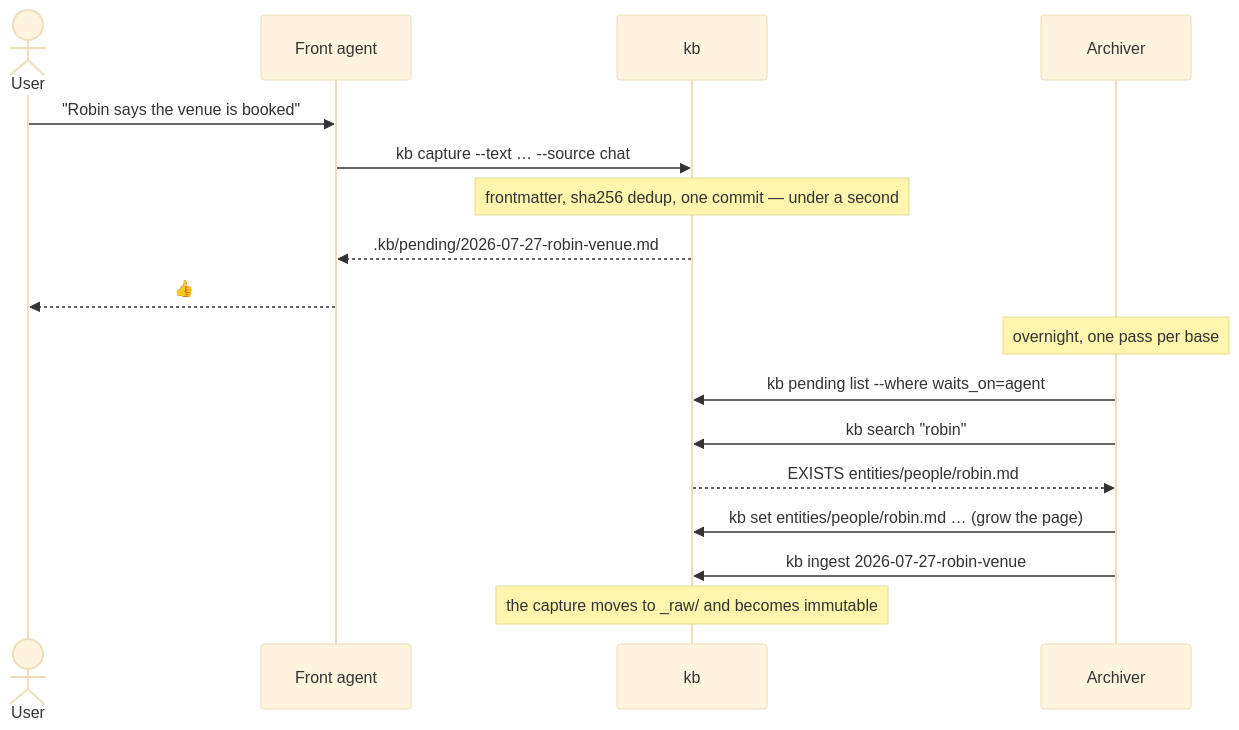
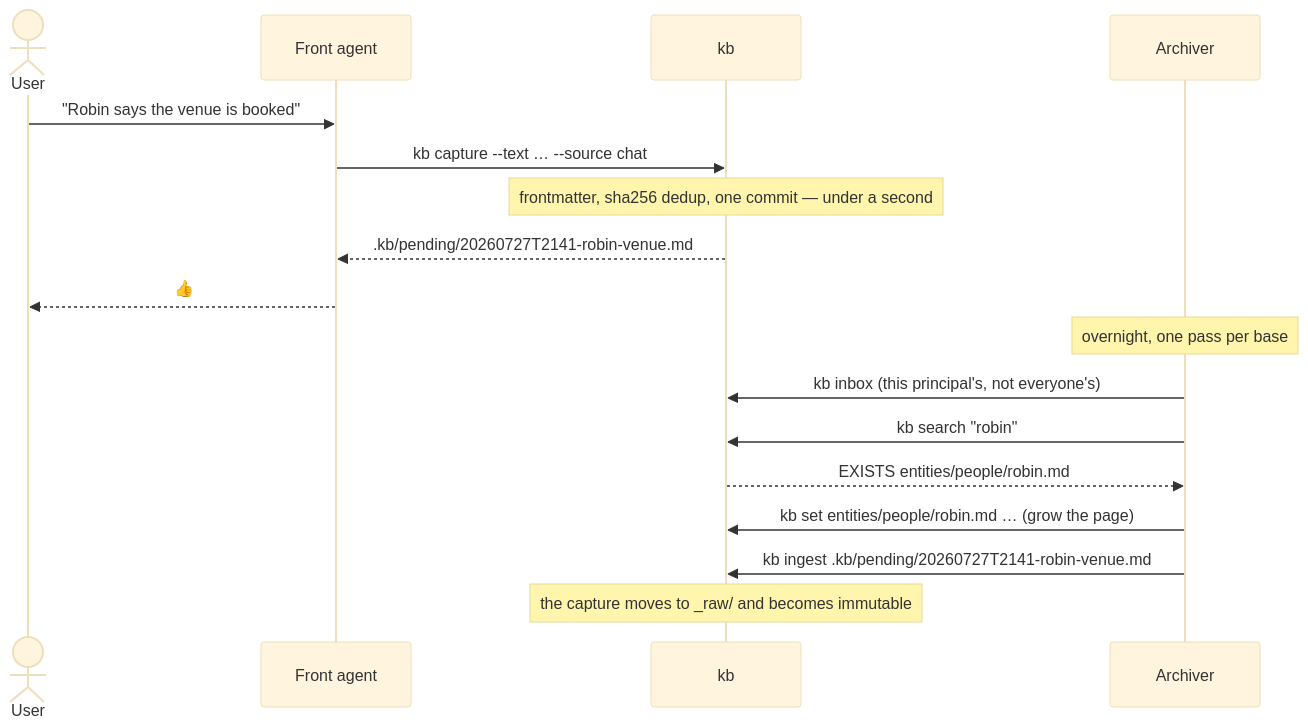
The first of 2 diagrams in capabilities/kb/docs/design.md (AlmogBaku/aos), drawn with Mermaid (base theme) before and after one commit. The commit also changed 12 other files, not shown here.

First line of the commit message:
kb: inbox is the scoped read, ingest takes a path, and lists mean membership

````diff
--- a/capabilities/kb/docs/design.md
+++ b/capabilities/kb/docs/design.md
@@ -44,19 +44,19 @@
 ```mermaid
 sequenceDiagram
     actor User
     participant Front as Front agent
     participant Tool as kb
     participant Arch as Archiver
     User->>Front: "Robin says the venue is booked"
     Front->>Tool: kb capture --text … --source chat
     Note over Tool: frontmatter, sha256 dedup, one commit — under a second
-    Tool-->>Front: .kb/pending/2026-07-27-robin-venue.md
+    Tool-->>Front: .kb/pending/20260727T2141-robin-venue.md
     Front-->>User: 👍
     Note over Arch: overnight, one pass per base
-    Arch->>Tool: kb pending list --where waits_on=agent
+    Arch->>Tool: kb inbox (this principal's, not everyone's)
     Arch->>Tool: kb search "robin"
     Tool-->>Arch: EXISTS entities/people/robin.md
     Arch->>Tool: kb set entities/people/robin.md … (grow the page)
-    Arch->>Tool: kb ingest 2026-07-27-robin-venue
+    Arch->>Tool: kb ingest .kb/pending/20260727T2141-robin-venue.md
     Note over Tool: the capture moves to _raw/ and becomes immutable
 ```
````
